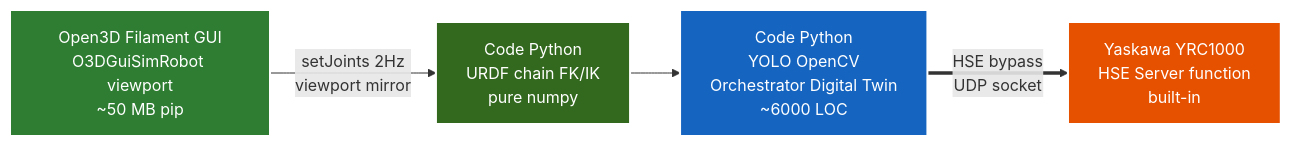
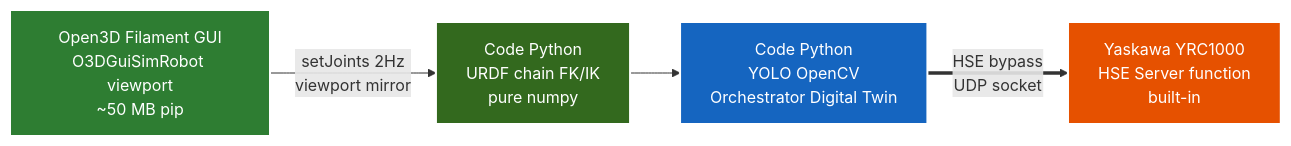
The first of 14 diagrams in docs/phat_bieu_bai_toan_v3_2_HD.md (manhhv87/DTwinGP7), drawn with Mermaid before and after one commit. The commit also changed other lines of this file, not shown here.

````diff
--- a/docs/phat_bieu_bai_toan_v3_2_HD.md
+++ b/docs/phat_bieu_bai_toan_v3_2_HD.md
@@ -38,11 +37,11 @@
 ```mermaid
 graph LR
     A[Open3D Filament GUI<br/>O3DGuiSimRobot viewport<br/>~50 MB pip] -->|setJoints 2Hz<br/>viewport mirror| B[Code Python<br/>URDF chain FK/IK<br/>pure numpy]
-    B --> C[Code Python<br/>YOLO OpenCV<br/>Orchestrator Digital Twin<br/>~6000 LOC]
+    B --> C[Code Python<br/>YOLO OpenCV<br/>Orchestrator Digital Twin]
     C ==>|HSE bypass<br/>UDP socket| D[Yaskawa YRC1000<br/>HSE Server function<br/>built-in]
 
     style A fill:#2E7D32,stroke:#fff,stroke-width:2px,color:#fff
     style B fill:#33691E,stroke:#fff,stroke-width:2px,color:#fff
     style C fill:#1565C0,stroke:#fff,stroke-width:2px,color:#fff
     style D fill:#E65100,stroke:#fff,stroke-width:2px,color:#fff
 ```
````
